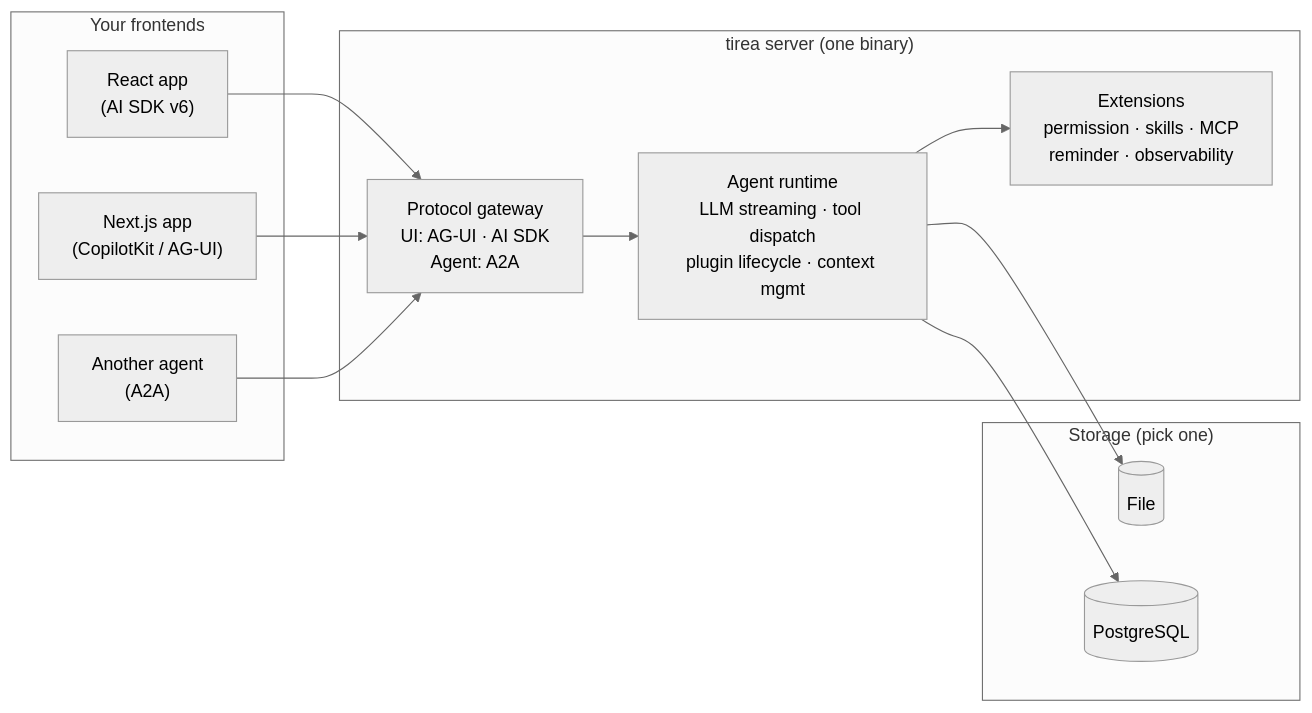
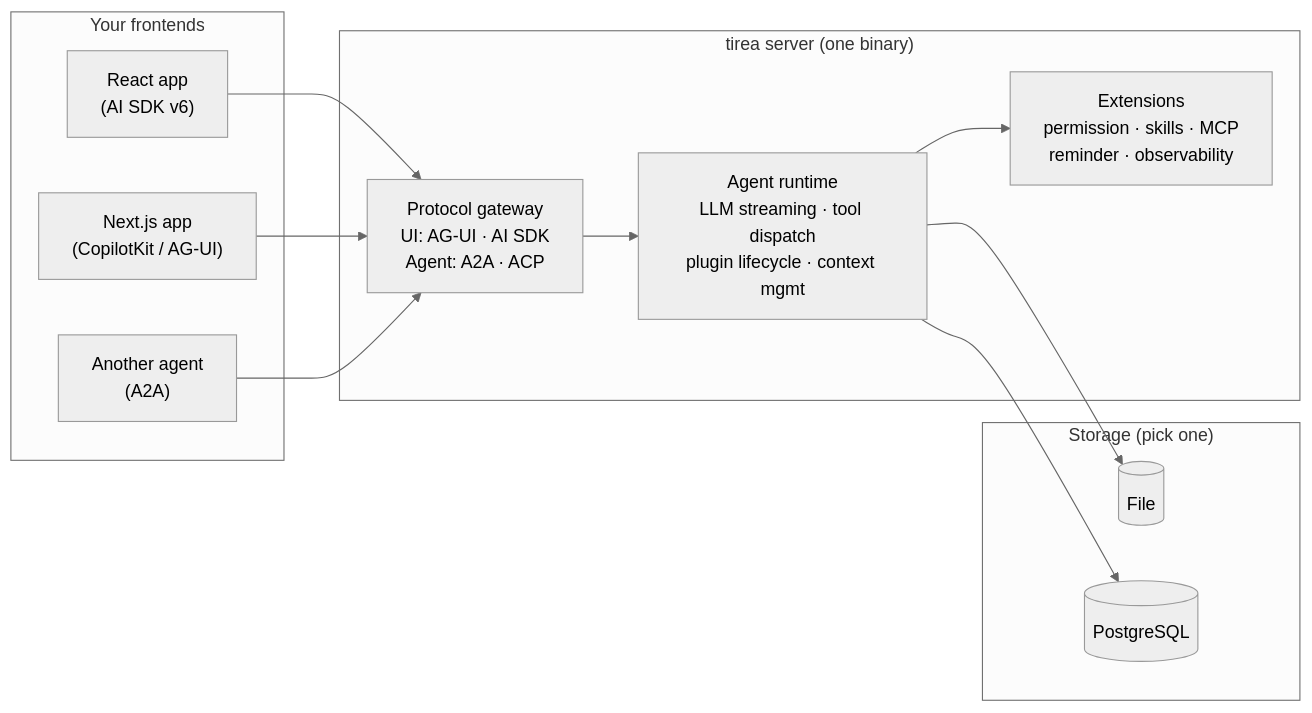
One commit to tirea-ai/tirea changed the diagram in README.md. Above: the diagram before and after it, drawn with Mermaid (neutral theme). The commit also changed other lines of this file and 11 other files, not shown here.

````diff
--- a/README.md
+++ b/README.md
@@ -102,25 +104,25 @@
 ```mermaid
 graph LR
     subgraph "Your frontends"
         A["React app\n(AI SDK v6)"]
         B["Next.js app\n(CopilotKit / AG-UI)"]
         C["Another agent\n(A2A)"]
     end
 
     subgraph "tirea server (one binary)"
-        GW["Protocol gateway\nUI: AG-UI · AI SDK\nAgent: A2A"]
+        GW["Protocol gateway\nUI: AG-UI · AI SDK\nAgent: A2A · ACP"]
         RT["Agent runtime\nLLM streaming · tool dispatch\nplugin lifecycle · context mgmt"]
         EXT["Extensions\npermission · skills · MCP\nreminder · observability"]
     end
 
     subgraph "Storage (pick one)"
         S1[(File)]
         S2[(PostgreSQL)]
     end
 
     A & B --> GW
     C --> GW
     GW --> RT
     RT --> EXT
     RT --> S1 & S2
 ```
````
